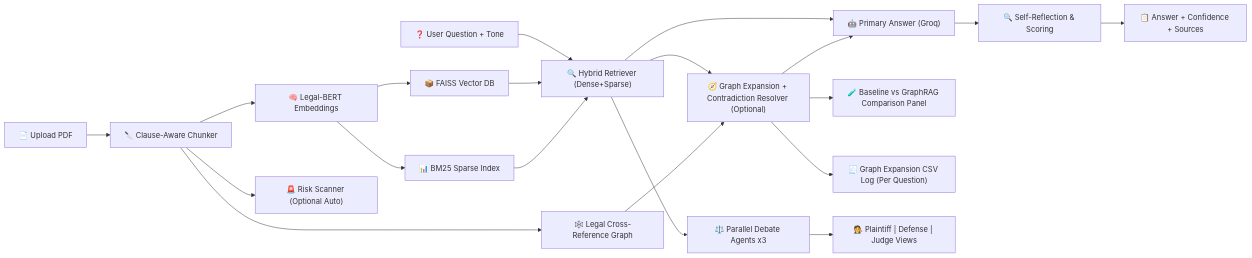
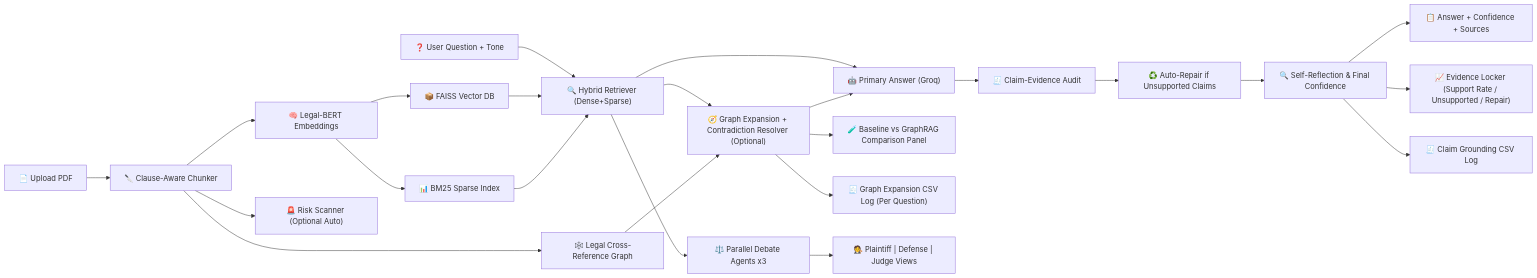
One commit to Aashik1701/Vertisa-AI changed the diagram in README.md. Above: the diagram before and after it, drawn with Mermaid. The commit also changed other lines of this file and 6 other files, not shown here.

````diff
--- a/README.md
+++ b/README.md
@@ -42,22 +46,26 @@
 ```mermaid
 graph LR
     A["📄 Upload PDF"] --> B["🔪 Clause-Aware Chunker"]
    B --> X["🕸️ Legal Cross-Reference Graph"]
     B --> C["🧠 Legal-BERT Embeddings"]
    B --> R["🚨 Risk Scanner (Optional Auto)"]
     C --> D["📦 FAISS Vector DB"]
     C --> E["📊 BM25 Sparse Index"]
    F["❓ User Question + Tone"] --> G["🔍 Hybrid Retriever (Dense+Sparse)"]
     D --> G
     E --> G
    G --> Y["🧭 Graph Expansion + Contradiction Resolver (Optional)"]
    X --> Y
    G --> H["🤖 Primary Answer (Groq)"]
    Y --> H
    Y --> M["🧪 Baseline vs GraphRAG Comparison Panel"]
    Y --> N["🧾 Graph Expansion CSV Log (Per Question)"]
-   H --> I["🔍 Self-Reflection & Scoring"]
+   H --> I["🧾 Claim-Evidence Audit"]
+   I --> I2["♻️ Auto-Repair if Unsupported Claims"]
+   I2 --> I3["🔍 Self-Reflection & Final Confidence"]
    G --> K["⚖️ Parallel Debate Agents x3"]
-   I --> J["📋 Answer + Confidence + Sources"]
+   I3 --> J["📋 Answer + Confidence + Sources"]
+   I3 --> O["📈 Evidence Locker (Support Rate / Unsupported / Repair)"]
+   I3 --> P["🧾 Claim Grounding CSV Log"]
    K --> L["🧑‍⚖️ Plaintiff | Defense | Judge Views"]
 ```
````
